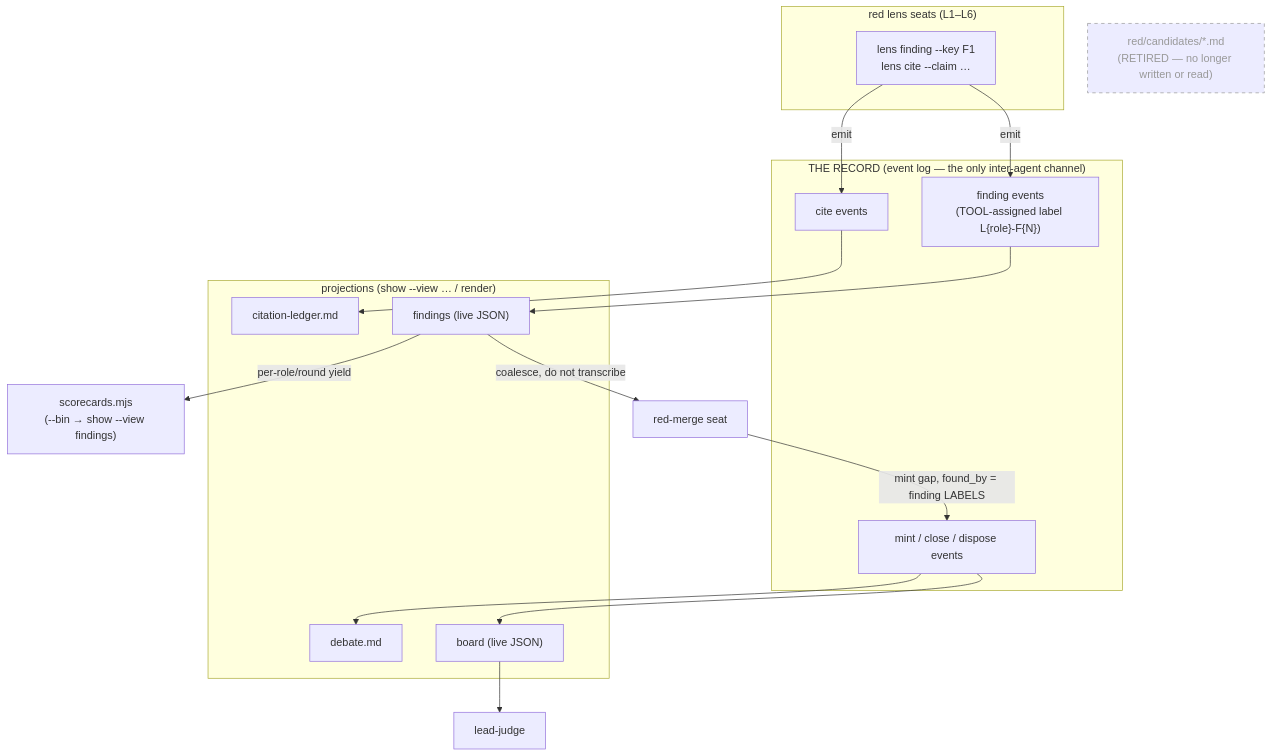
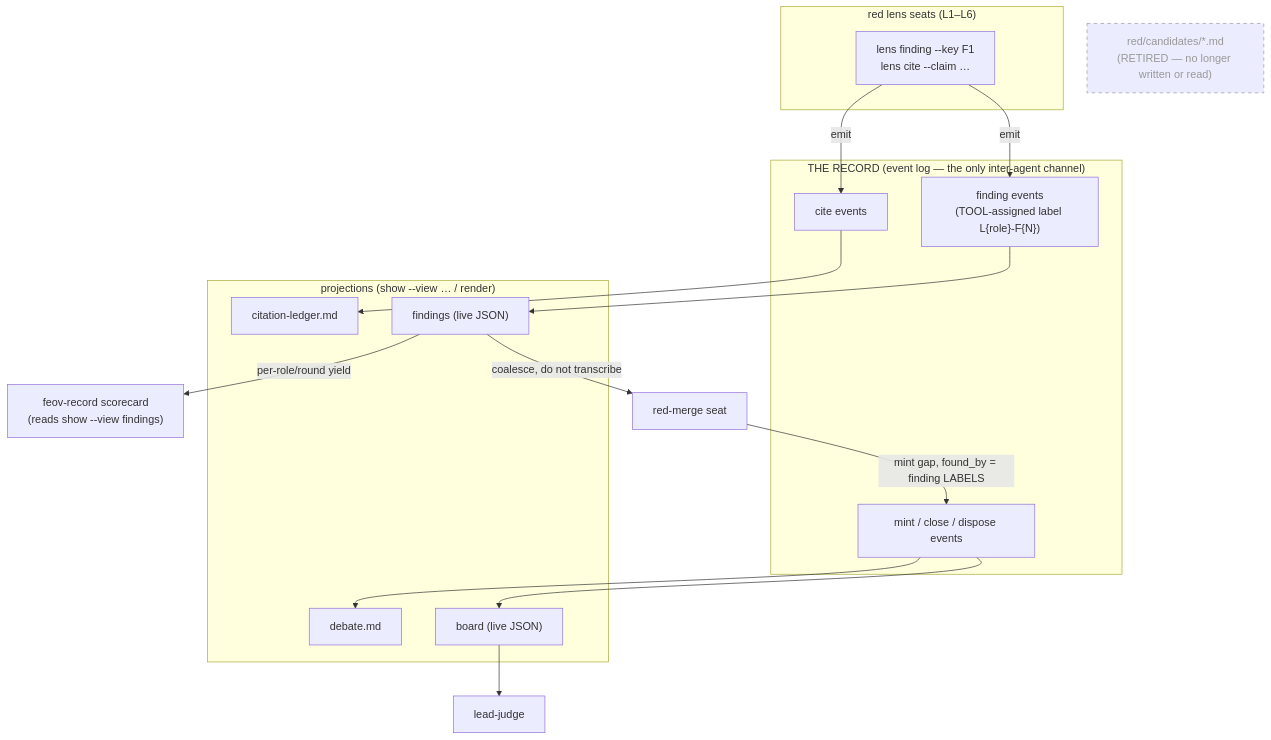
Before and after one commit to ctoforaday/special-circumstances: the diagram in plugins/frank-exchange-of-views/docs/record-flow.md, drawn with Mermaid. The commit also changed 45 other files, not shown here.

````diff
--- a/plugins/frank-exchange-of-views/docs/record-flow.md
+++ b/plugins/frank-exchange-of-views/docs/record-flow.md
@@ -11,35 +11,35 @@
 ```mermaid
 flowchart TB
   subgraph lenses["red lens seats (L1–L6)"]
     L["lens finding --key F1<br/>lens cite --claim …"]
   end
   subgraph record["THE RECORD (event log — the only inter-agent channel)"]
     FE["finding events<br/>(TOOL-assigned label L{role}-F{N})"]
     CE["cite events"]
     ME["mint / close / dispose events"]
   end
   subgraph views["projections (show --view … / render)"]
     FV["findings (live JSON)"]
     CL["citation-ledger.md"]
     BD["board (live JSON)"]
     DBT["debate.md"]
   end
   merge["red-merge seat"]
-  score["scorecards.mjs<br/>(--bin → show --view findings)"]
+  score["feov-record scorecard<br/>(reads show --view findings)"]
   bench["lead-judge"]
 
   L -->|emit| FE
   L -->|emit| CE
   FE --> FV
   CE --> CL
   ME --> BD
   FV -->|coalesce, do not transcribe| merge
   merge -->|mint gap, found_by = finding LABELS| ME
   FV -->|per-role/round yield| score
   BD --> bench
   ME --> DBT
 
   X["red/candidates/*.md<br/>(RETIRED — no longer written or read)"]
   class X retired
   classDef retired stroke-dasharray:5 5,color:#999,stroke:#999
 ```
````
